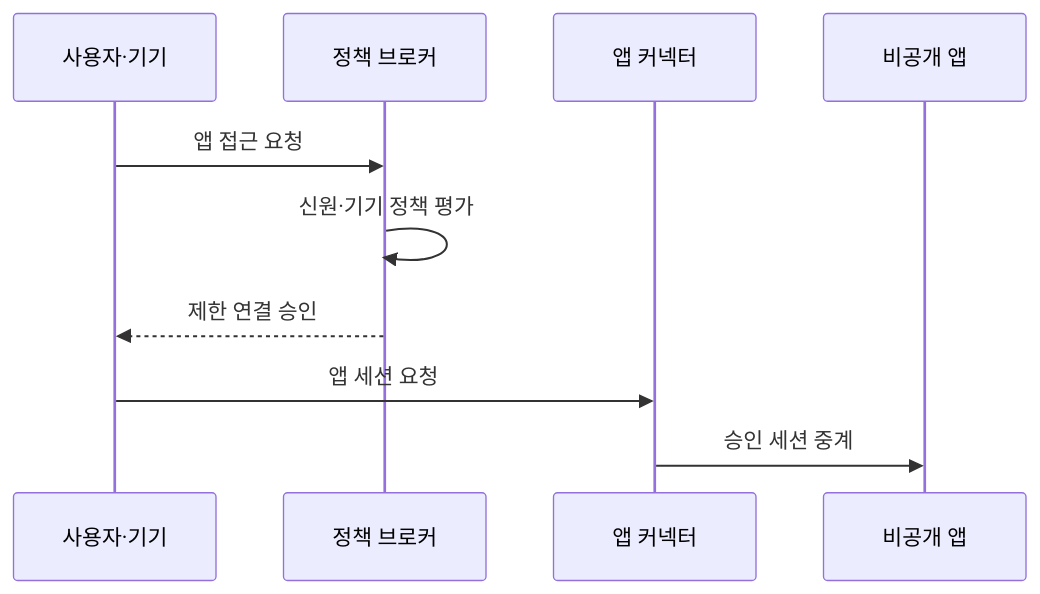
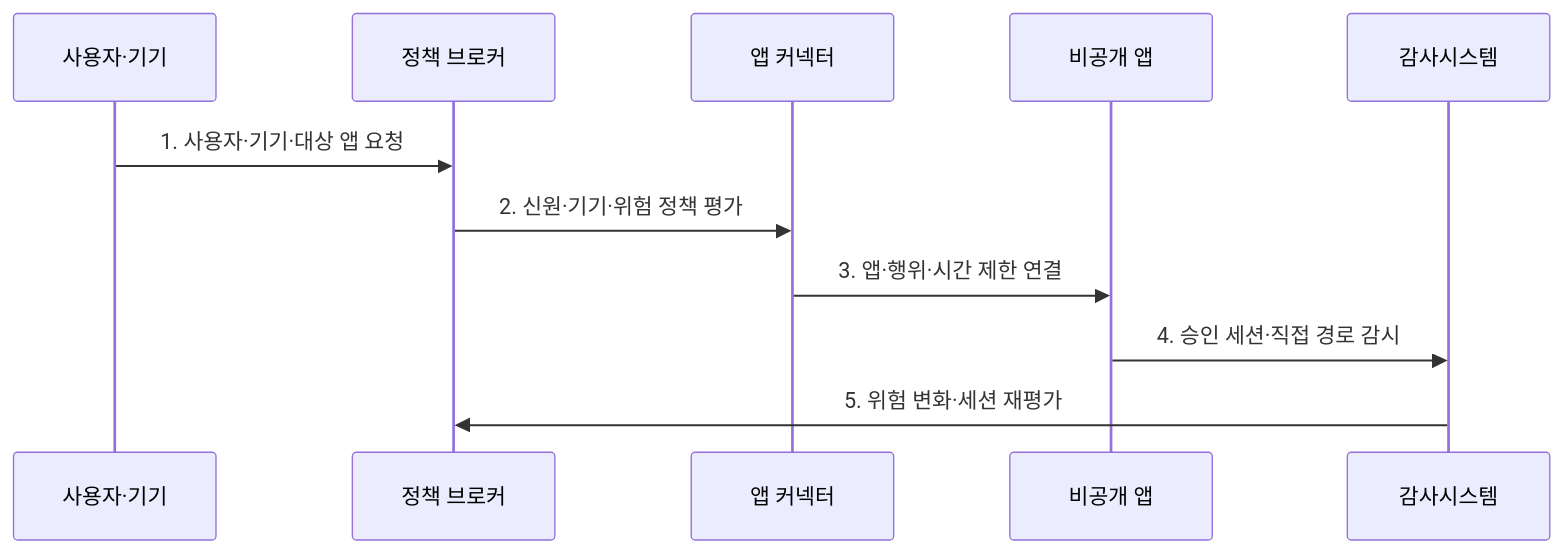
The second of 2 diagrams in src/content/docs/notes/05-security/064_ztna.md (agnusdei1207/knowledge-base), drawn with Mermaid before and after one commit. The commit also changed other lines of this file and 5 other files, not shown here.

````diff
--- a/src/content/docs/notes/05-security/064_ztna.md
+++ b/src/content/docs/notes/05-security/064_ztna.md
@@ -83,12 +84,13 @@
 ```mermaid
 sequenceDiagram
     participant U as 사용자·기기
     participant B as 정책 브로커
     participant C as 앱 커넥터
     participant A as 비공개 앱
-    U->>B: 앱 접근 요청
-    B->>B: 신원·기기 정책 평가
-    B-->>U: 제한 연결 승인
-    U->>C: 앱 세션 요청
-    C->>A: 승인 세션 중계
+    participant 감사시스템
+    U->>B: 1. 사용자·기기·대상 앱 요청
+    B->>C: 2. 신원·기기·위험 정책 평가
+    C->>A: 3. 앱·행위·시간 제한 연결
+    A->>감사시스템: 4. 승인 세션·직접 경로 감시
+    감사시스템->>B: 5. 위험 변화·세션 재평가
 ```
````
